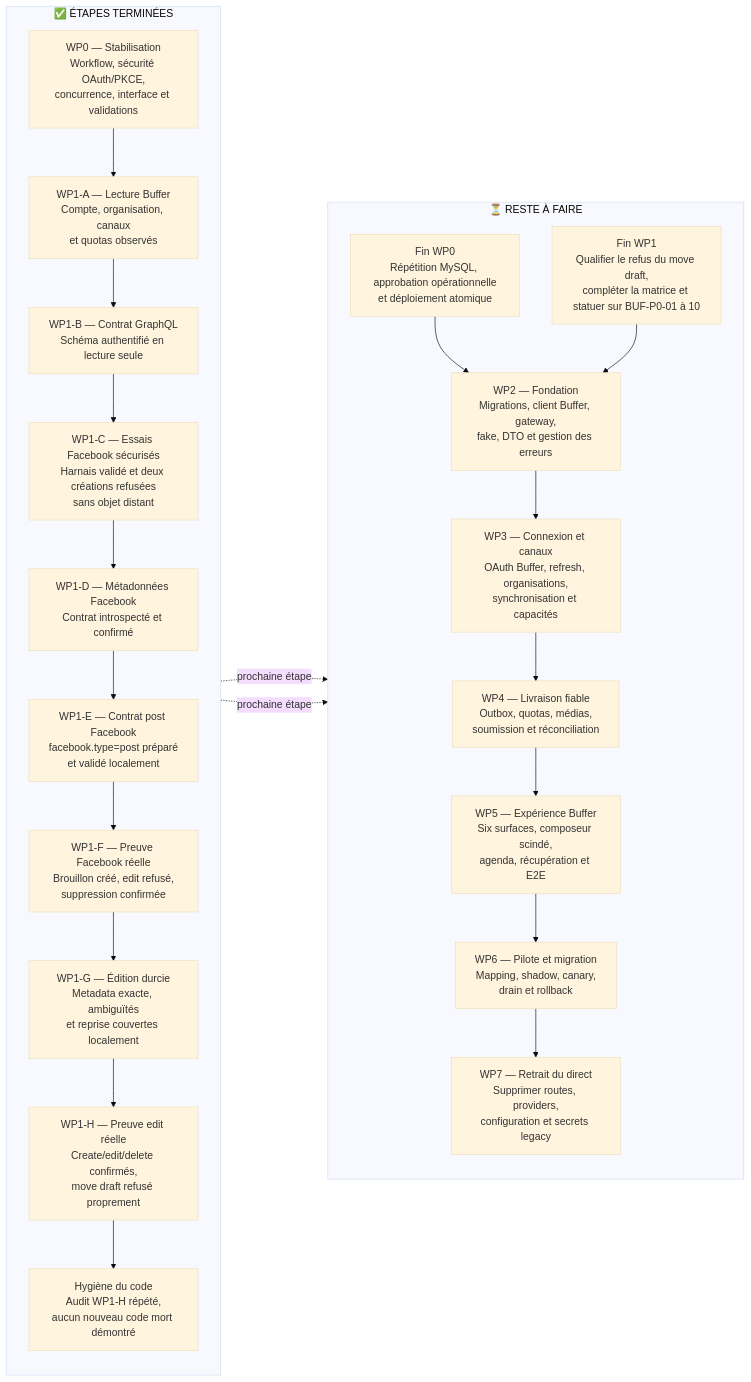
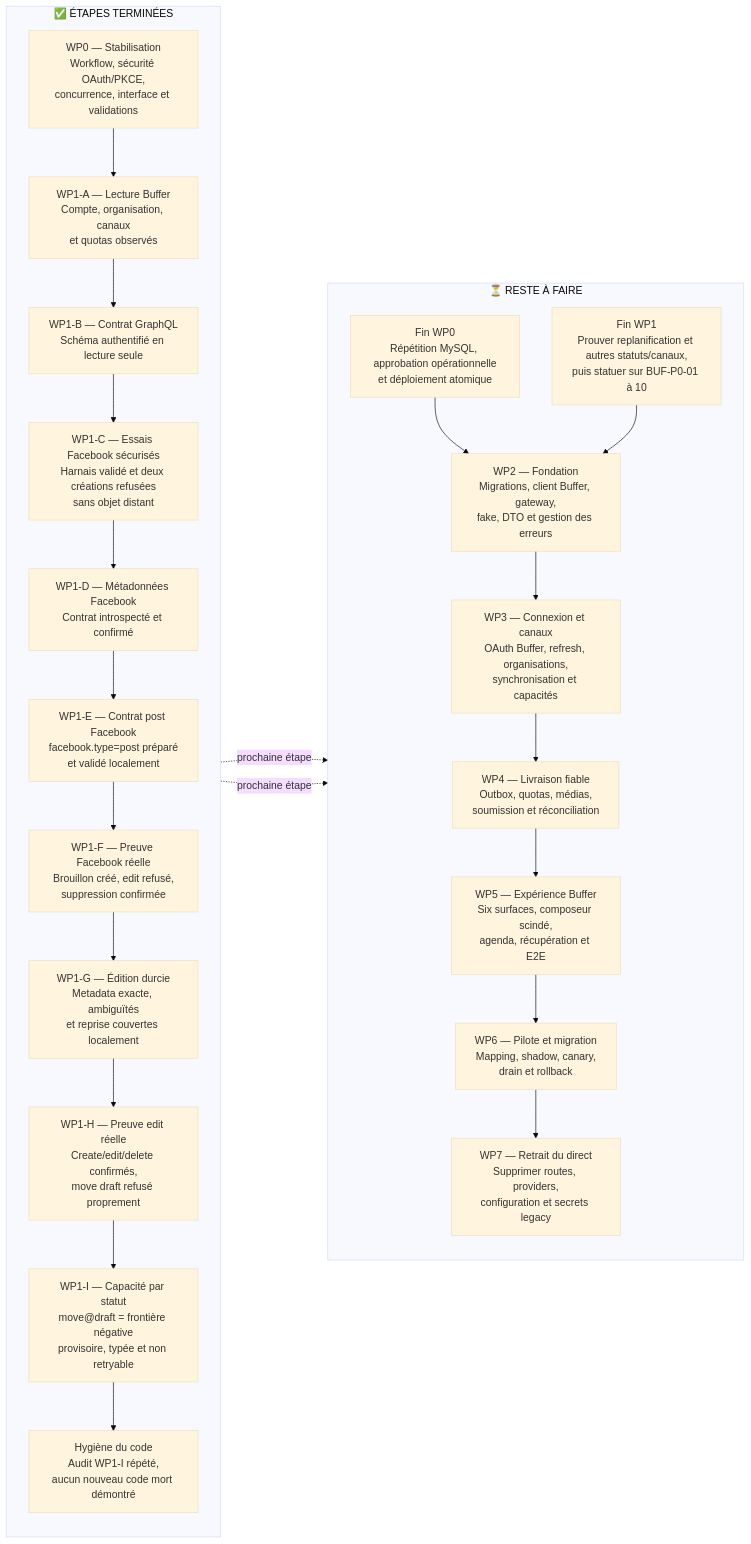
The diagram in docs/MALIKIA_PULSE_AVANCEMENT_VISUEL.md (Lenenba/mlkpro_v3), drawn with Mermaid (base theme) before and after one commit. The commit also changed 3 other files, not shown here.

Commit message:
docs(pulse): qualify draft queue move capability

````diff
--- a/docs/MALIKIA_PULSE_AVANCEMENT_VISUEL.md
+++ b/docs/MALIKIA_PULSE_AVANCEMENT_VISUEL.md
@@ -5,37 +5,38 @@
 ```mermaid
 flowchart LR
     subgraph DONE["✅ ÉTAPES TERMINÉES"]
         direction TB
         D0["WP0 — Stabilisation<br/>Workflow, sécurité OAuth/PKCE,<br/>concurrence, interface et validations"]
         D1A["WP1-A — Lecture Buffer<br/>Compte, organisation, canaux<br/>et quotas observés"]
         D1B["WP1-B — Contrat GraphQL<br/>Schéma authentifié en lecture seule"]
         D1C["WP1-C — Essais Facebook sécurisés<br/>Harnais validé et deux créations refusées<br/>sans objet distant"]
         D1D["WP1-D — Métadonnées Facebook<br/>Contrat introspecté et confirmé"]
         D1E["WP1-E — Contrat post Facebook<br/>facebook.type=post préparé<br/>et validé localement"]
         D1F["WP1-F — Preuve Facebook réelle<br/>Brouillon créé, edit refusé,<br/>suppression confirmée"]
         D1G["WP1-G — Édition durcie<br/>Metadata exacte, ambiguïtés<br/>et reprise couvertes localement"]
         D1H["WP1-H — Preuve edit réelle<br/>Create/edit/delete confirmés,<br/>move draft refusé proprement"]
-        DQ["Hygiène du code<br/>Audit WP1-H répété,<br/>aucun nouveau code mort démontré"]
+        D1I["WP1-I — Capacité par statut<br/>move@draft = frontière négative<br/>provisoire, typée et non retryable"]
+        DQ["Hygiène du code<br/>Audit WP1-I répété,<br/>aucun nouveau code mort démontré"]
 
-        D0 --> D1A --> D1B --> D1C --> D1D --> D1E --> D1F --> D1G --> D1H --> DQ
+        D0 --> D1A --> D1B --> D1C --> D1D --> D1E --> D1F --> D1G --> D1H --> D1I --> DQ
     end
 
     subgraph TODO["⏳ RESTE À FAIRE"]
         direction TB
         T0["Fin WP0<br/>Répétition MySQL, approbation opérationnelle<br/>et déploiement atomique"]
-        T1["Fin WP1<br/>Qualifier le refus du move draft,<br/>compléter la matrice et statuer sur BUF-P0-01 à 10"]
+        T1["Fin WP1<br/>Prouver replanification et autres statuts/canaux,<br/>puis statuer sur BUF-P0-01 à 10"]
         T2["WP2 — Fondation<br/>Migrations, client Buffer, gateway,<br/>fake, DTO et gestion des erreurs"]
         T3["WP3 — Connexion et canaux<br/>OAuth Buffer, refresh, organisations,<br/>synchronisation et capacités"]
         T4["WP4 — Livraison fiable<br/>Outbox, quotas, médias,<br/>soumission et réconciliation"]
         T5["WP5 — Expérience Buffer<br/>Six surfaces, composeur scindé,<br/>agenda, récupération et E2E"]
         T6["WP6 — Pilote et migration<br/>Mapping, shadow, canary,<br/>drain et rollback"]
         T7["WP7 — Retrait du direct<br/>Supprimer routes, providers,<br/>configuration et secrets legacy"]
 
         T0 --> T2
         T1 --> T2
         T2 --> T3 --> T4 --> T5 --> T6 --> T7
     end
 
     DQ -. prochaine étape .-> T0
     DQ -. prochaine étape .-> T1
 ```
````
